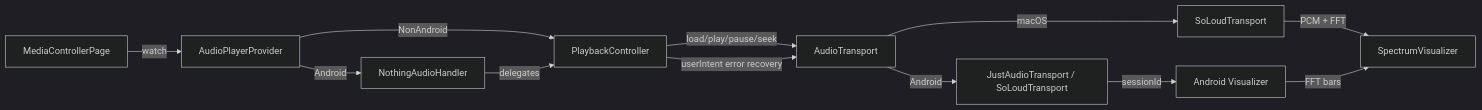
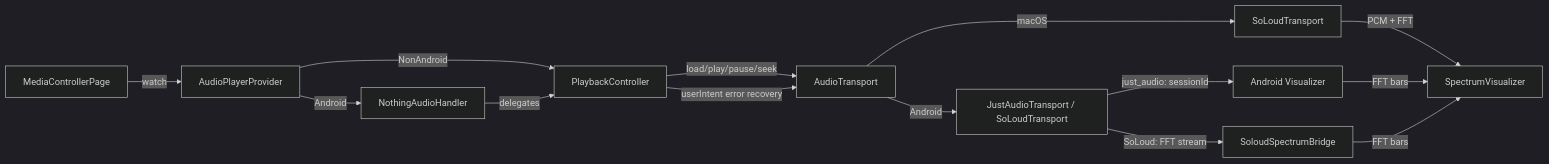
The first of 2 diagrams in docs/architecture/audio-playback-spectrum.md (maxim-saplin/nothingness), drawn with Mermaid (dark theme) before and after one commit. The commit also changed other lines of this file and 7 other files, not shown here.

First line of the commit message:
feat: restore spectrum visualization for Android SoLoud backend

````diff
--- a/docs/architecture/audio-playback-spectrum.md
+++ b/docs/architecture/audio-playback-spectrum.md
@@ -37,14 +38,16 @@
 ```mermaid
 flowchart LR
   UI[MediaControllerPage] -->|watch| Provider[AudioPlayerProvider]
   Provider -->|Android| Handler[NothingAudioHandler]
   Provider -->|NonAndroid| Controller[PlaybackController]
   Handler -->|delegates| Controller
   Controller -->|load/play/pause/seek| Transport[AudioTransport]
     Transport -->|macOS| SoLoud[SoLoudTransport]
     Transport -->|Android| JA[JustAudioTransport / SoLoudTransport]
     SoLoud -->|PCM + FFT| Vis[SpectrumVisualizer]
-    JA -->|sessionId| Native[Android Visualizer]
+    JA -->|just_audio: sessionId| Native[Android Visualizer]
+    JA -->|SoLoud: FFT stream| Bridge[SoloudSpectrumBridge]
     Native -->|FFT bars| Vis
+    Bridge -->|FFT bars| Vis
     Controller -->|userIntent error recovery| Transport
 ```
````
